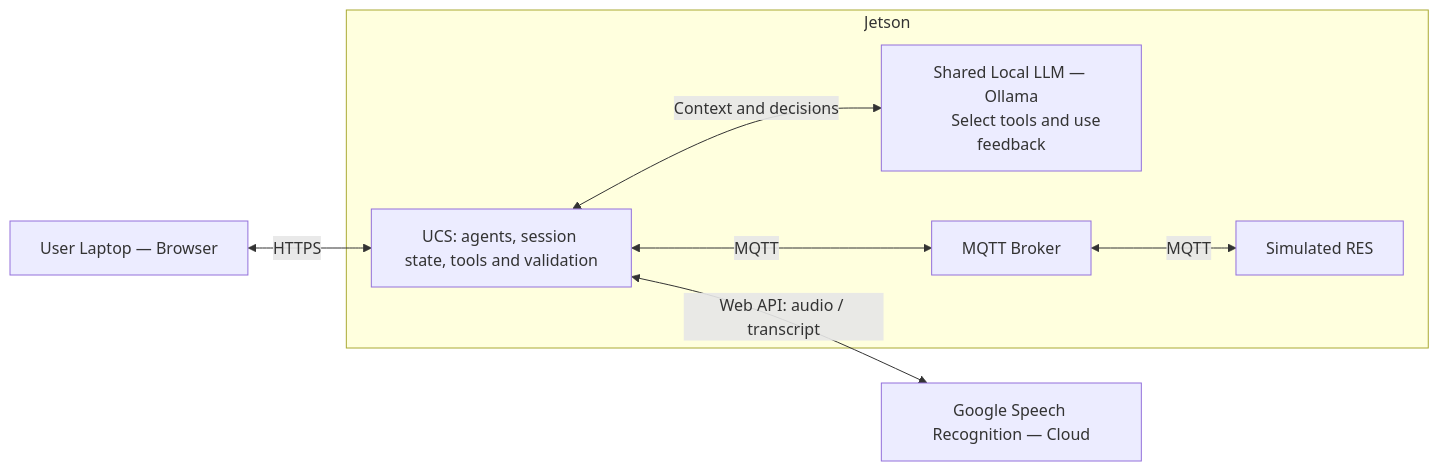
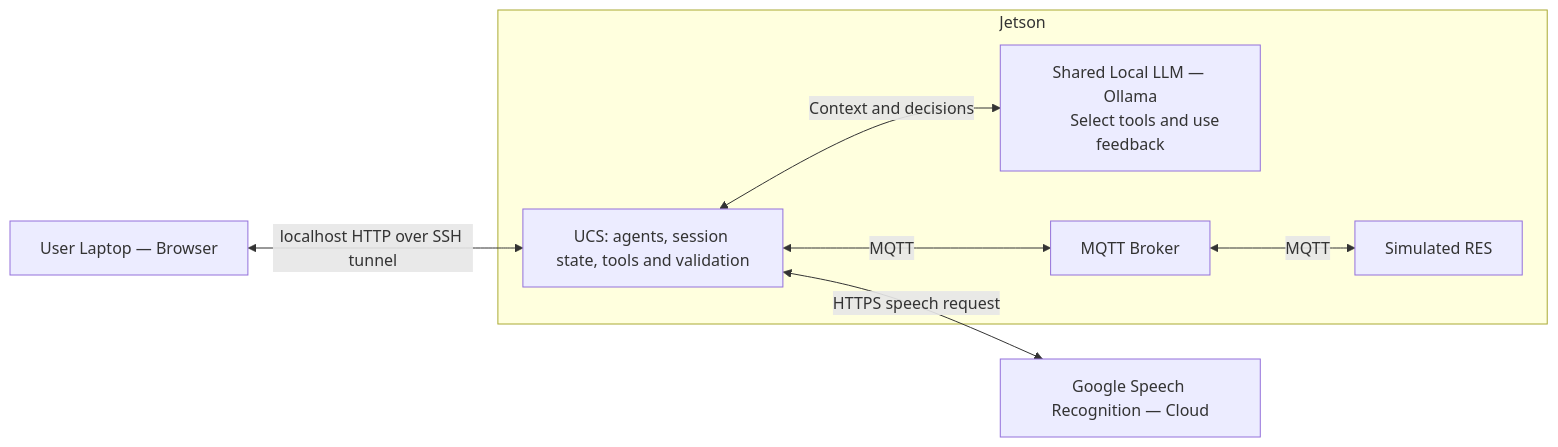
One commit to unbee-lee/agentic-pick-place-control changed the first of 2 diagrams in docs/design.md. Above: the diagram before and after it, drawn with Mermaid. The commit also changed other lines of this file and 7 other files, not shown here.

````diff
--- a/docs/design.md
+++ b/docs/design.md
@@ -17,17 +17,17 @@
 ```mermaid
 flowchart LR
     browser["User Laptop — Browser"]
     google["Google Speech Recognition — Cloud"]
     subgraph jetson["Jetson"]
         ucs["UCS: agents, session state, tools and validation"]
         model["Shared Local LLM — Ollama
         Select tools and use feedback"]
         broker["MQTT Broker"]
         res["Simulated RES"]
         ucs <-->|"Context and decisions"| model
         ucs <-->|"MQTT"| broker
         broker <-->|"MQTT"| res
     end
-    browser <-->|"HTTPS"| ucs
-    ucs <-->|"Web API: audio / transcript"| google
+    browser <-->|"localhost HTTP over SSH tunnel"| ucs
+    ucs <-->|"HTTPS speech request"| google
 ```
````
